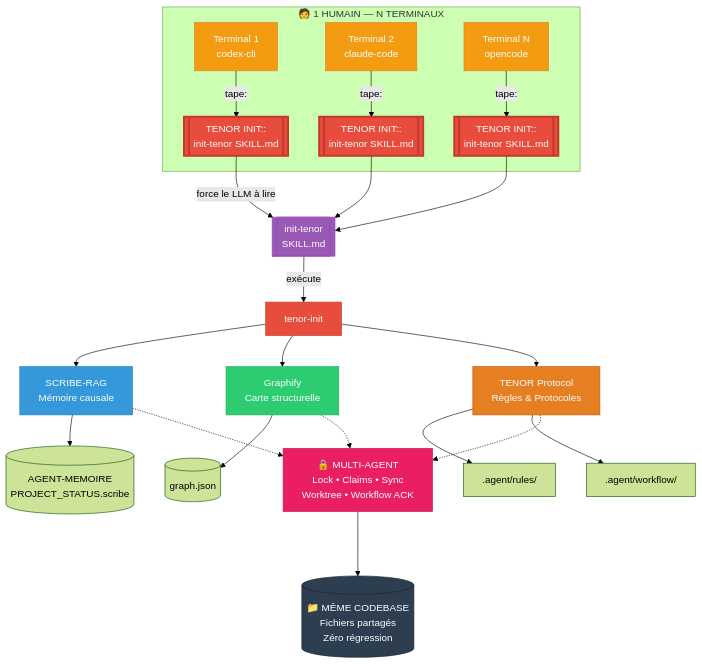
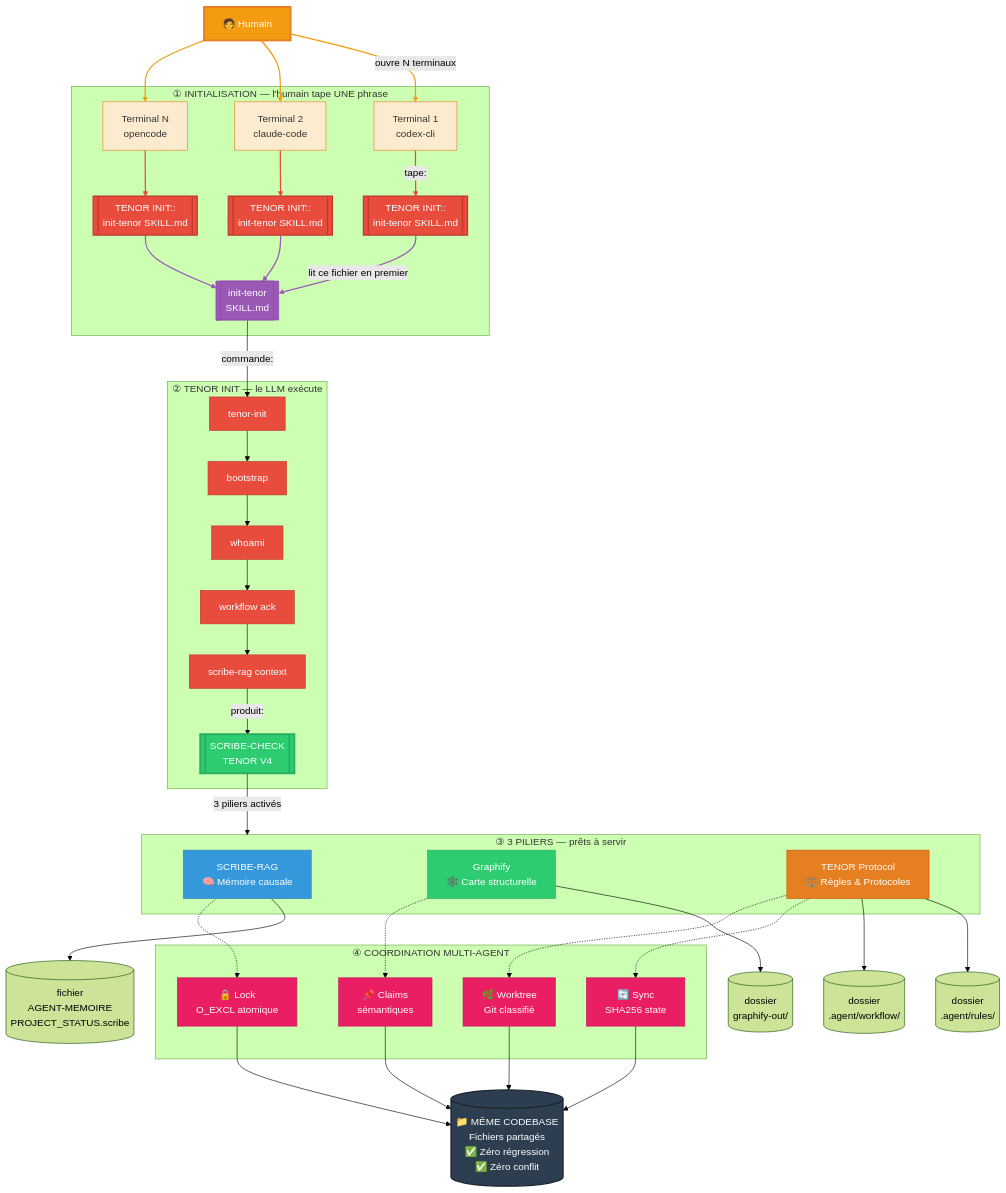
Before and after one commit to jackjosias/agent-scribe-graphify: the diagram in README.md, drawn with Mermaid (forest theme). The commit also changed other lines of this file, not shown here.

Commit message:
docs(readme): redesign architecture diagram with 4 numbered steps and legend

````diff
--- a/README.md
+++ b/README.md
@@ -83,43 +83,80 @@
 ```mermaid
 graph TD
-    subgraph MULTI[🧑 1 HUMAIN — N TERMINAUX]
-        H1[Terminal 1<br/>codex-cli] -->|tape:| I1[[TENOR INIT::<br/>init-tenor SKILL.md]]
-        H2[Terminal 2<br/>claude-code] -->|tape:| I2[[TENOR INIT::<br/>init-tenor SKILL.md]]
-        H3[Terminal N<br/>opencode] -->|tape:| I3[[TENOR INIT::<br/>init-tenor SKILL.md]]
+    HUMAIN[🧑 Humain] -->|ouvre N terminaux| TERM1[Terminal 1<br/>codex-cli]
+    HUMAIN --> TERM2[Terminal 2<br/>claude-code]
+    HUMAIN --> TERM3[Terminal N<br/>opencode]
+
+    subgraph INIT[① INITIALISATION — l'humain tape UNE phrase]
+        TERM1 -->|tape:| PHRASE1[[TENOR INIT::<br/>init-tenor SKILL.md]]
+        TERM2 --> PHRASE2[[TENOR INIT::<br/>init-tenor SKILL.md]]
+        TERM3 --> PHRASE3[[TENOR INIT::<br/>init-tenor SKILL.md]]
+        PHRASE1 -->|lit ce fichier en premier| SKILL[[init-tenor<br/>SKILL.md]]
+        PHRASE2 --> SKILL
+        PHRASE3 --> SKILL
     end
 
-    I1 -->|force le LLM à lire| T[[init-tenor<br/>SKILL.md]]
-    I2 --> T
-    I3 --> T
+    subgraph TENOR_INIT[② TENOR INIT — le LLM exécute]
+        SKILL -->|commande:| TENOR[tenor-init]
+        TENOR --> BOOT[bootstrap]
+        BOOT --> WHO[whoami]
+        WHO --> WACK[workflow ack]
+        WACK --> RAGCTX[scribe-rag context]
+        RAGCTX -->|produit:| PROOF[[SCRIBE-CHECK<br/>TENOR V4]]
+    end
 
-    T -->|exécute| TENOR[tenor-init]
+    PROOF -->|3 piliers activés| PILLARS
 
-    TENOR --> B[SCRIBE-RAG<br/>Mémoire causale]
-    TENOR --> C[Graphify<br/>Carte structurelle]
-    TENOR --> D[TENOR Protocol<br/>Règles & Protocoles]
+    subgraph PILLARS[③ 3 PILIERS — prêts à servir]
+        B[SCRIBE-RAG<br/>🧠 Mémoire causale]
+        C[Graphify<br/>🕸️ Carte structurelle]
+        D[TENOR Protocol<br/>⚖️ Règles & Protocoles]
+    end
 
-    B --> E[(AGENT-MEMOIRE<br/>PROJECT_STATUS.scribe)]
-    C --> F[(graph.json)]
-    D --> G[.agent/rules/]
-    D --> H[.agent/workflow/]
+    B --> E[(fichier<br/>AGENT-MEMOIRE<br/>PROJECT_STATUS.scribe)]
+    C --> F[(dossier<br/>graphify-out/)]
+    D --> G[(dossier<br/>.agent/rules/)]
+    D --> H[(dossier<br/>.agent/workflow/)]
 
-    B -.-> M[🔒 MULTI-AGENT<br/>Lock • Claims • Sync<br/>Worktree • Workflow ACK]
-    C -.-> M
-    D -.-> M
+    subgraph COORD[④ COORDINATION MULTI-AGENT]
+        LOCK[🔒 Lock<br/>O_EXCL atomique]
+        CLAIMS[📌 Claims<br/>sémantiques]
+        SYNC[🔄 Sync<br/>SHA256 state]
+        WT[🌿 Worktree<br/>Git classifié]
+    end
 
-    M ---> P[(📁 MÊME CODEBASE<br/>Fichiers partagés<br/>Zéro régression)]
+    B -.-> LOCK
+    C -.-> CLAIMS
+    D -.-> SYNC
+    D -.-> WT
 
-    style H1 fill:#f39c12,stroke:#e67e22,color:#fff
-    style H2 fill:#f39c12,stroke:#e67e22,color:#fff
-    style H3 fill:#f39c12,stroke:#e67e22,color:#fff
-    style I1 fill:#e74c3c,stroke:#c0392b,color:#fff,stroke-width:3px
-    style I2 fill:#e74c3c,stroke:#c0392b,color:#fff,stroke-width:3px
-    style I3 fill:#e74c3c,stroke:#c0392b,color:#fff,stroke-width:3px
-    style T fill:#9b59b6,stroke:#8e44ad,color:#fff
+    LOCK & CLAIMS & SYNC & WT --> RESULT
+
+    RESULT[(📁 MÊME CODEBASE<br/>Fichiers partagés<br/>✅ Zéro régression<br/>✅ Zéro conflit)]
+
+    style HUMAIN fill:#f39c12,stroke:#e67e22,color:#fff,stroke-width:3px
+    style TERM1 fill:#fdebd0,stroke:#e67e22,color:#333
+    style TERM2 fill:#fdebd0,stroke:#e67e22,color:#333
+    style TERM3 fill:#fdebd0,stroke:#e67e22,color:#333
+    style PHRASE1 fill:#e74c3c,stroke:#c0392b,color:#fff,stroke-width:2px
+    style PHRASE2 fill:#e74c3c,stroke:#c0392b,color:#fff,stroke-width:2px
+    style PHRASE3 fill:#e74c3c,stroke:#c0392b,color:#fff,stroke-width:2px
+    style SKILL fill:#9b59b6,stroke:#8e44ad,color:#fff
     style TENOR fill:#e74c3c,stroke:#c0392b,color:#fff
+    style BOOT fill:#e74c3c,stroke:#c0392b,color:#fff
+    style WHO fill:#e74c3c,stroke:#c0392b,color:#fff
+    style WACK fill:#e74c3c,stroke:#c0392b,color:#fff
+    style RAGCTX fill:#e74c3c,stroke:#c0392b,color:#fff
+    style PROOF fill:#2ecc71,stroke:#27ae60,color:#fff,stroke-width:3px
     style B fill:#3498db,stroke:#2980b9,color:#fff
     style C fill:#2ecc71,stroke:#27ae60,color:#fff
     style D fill:#e67e22,stroke:#d35400,color:#fff
-    style M fill:#e91e63,stroke:#c2185b,color:#fff
-    style P fill:#2c3e50,stroke:#1a252f,color:#fff
+    style LOCK fill:#e91e63,stroke:#c2185b,color:#fff
+    style CLAIMS fill:#e91e63,stroke:#c2185b,color:#fff
+    style SYNC fill:#e91e63,stroke:#c2185b,color:#fff
+    style WT fill:#e91e63,stroke:#c2185b,color:#fff
+    style RESULT fill:#2c3e50,stroke:#1a252f,color:#fff,stroke-width:2px
+
+    linkStyle 0,1,2 stroke:#f39c12,stroke-width:2px
+    linkStyle 3,4,5 stroke:#e74c3c,stroke-width:2px
+    linkStyle 6,7,8 stroke:#9b59b6,stroke-width:2px
 ```
````
